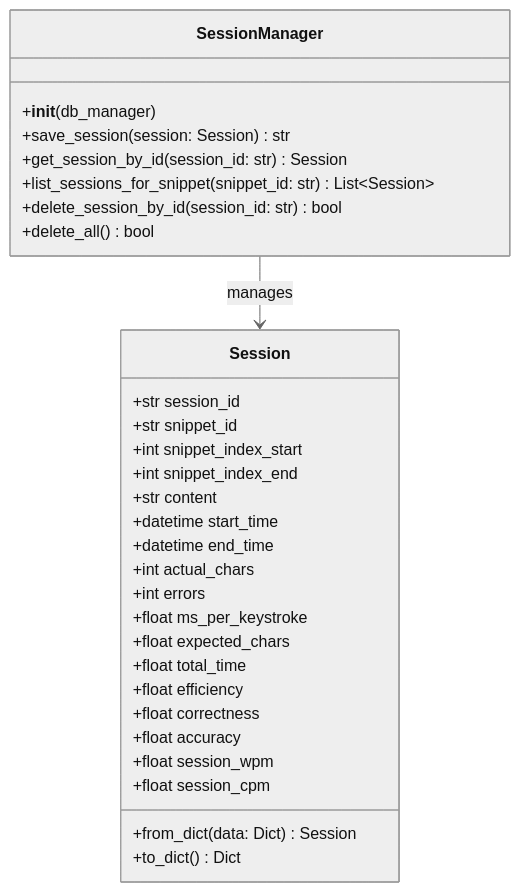
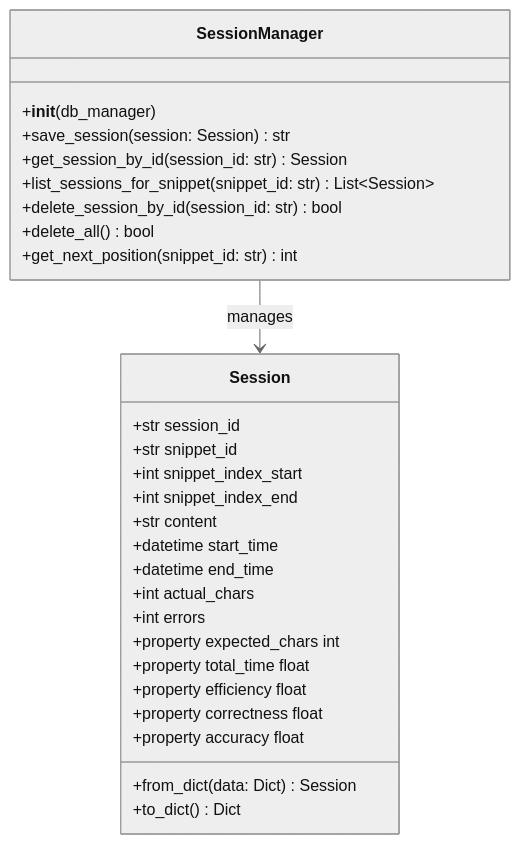
Before and after one commit to SeanAdams10/AITypingTrainer: the third of 7 diagrams in Prompts/AllUML.md, drawn with Mermaid (neutral theme). The commit also changed other lines of this file and 22 other files, not shown here.

````diff
--- a/Prompts/AllUML.md
+++ b/Prompts/AllUML.md
@@ -63,33 +64,31 @@
 ```mermaid
 classDiagram
     class Session {
         +str session_id
         +str snippet_id
         +int snippet_index_start
         +int snippet_index_end
         +str content
         +datetime start_time
         +datetime end_time
         +int actual_chars
         +int errors
-        +float ms_per_keystroke
-        +float expected_chars
-        +float total_time
-        +float efficiency
-        +float correctness
-        +float accuracy
-        +float session_wpm
-        +float session_cpm
         +from_dict(data: Dict) Session
         +to_dict() Dict
+        +property expected_chars int
+        +property total_time float
+        +property efficiency float
+        +property correctness float
+        +property accuracy float
     }
     class SessionManager {
         +__init__(db_manager)
         +save_session(session: Session) str
         +get_session_by_id(session_id: str) Session
         +list_sessions_for_snippet(snippet_id: str) List~Session~
         +delete_session_by_id(session_id: str) bool
         +delete_all() bool
+        +get_next_position(snippet_id: str) int
     }
     SessionManager --> Session : manages
 ```
````
